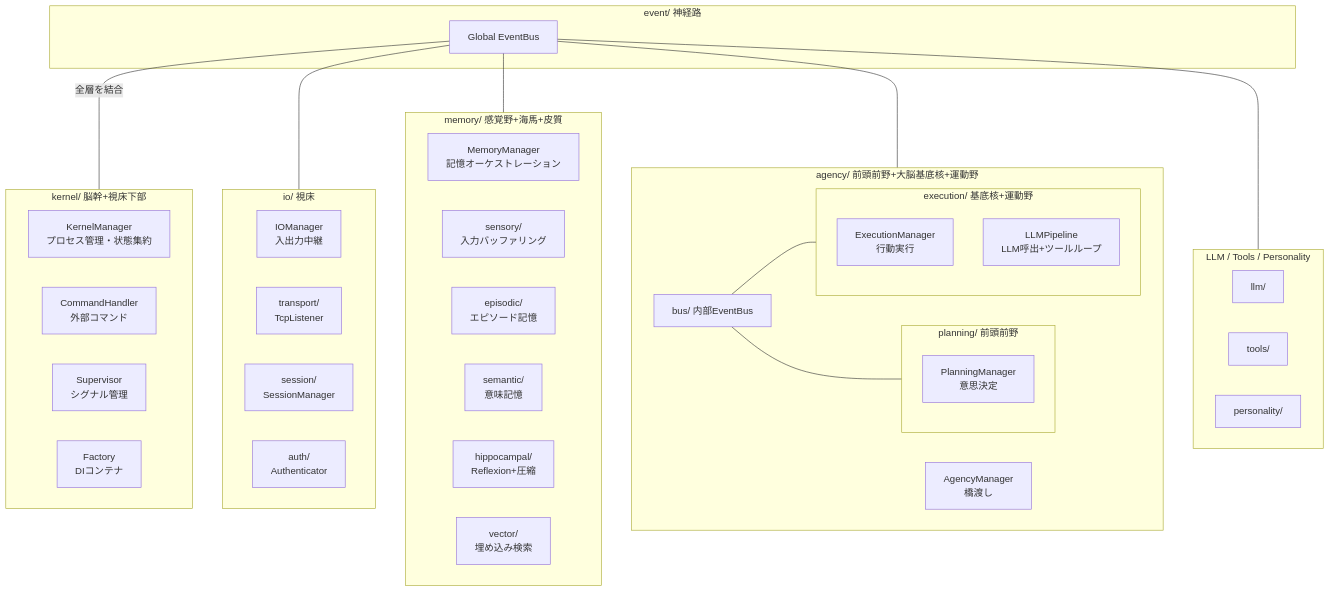
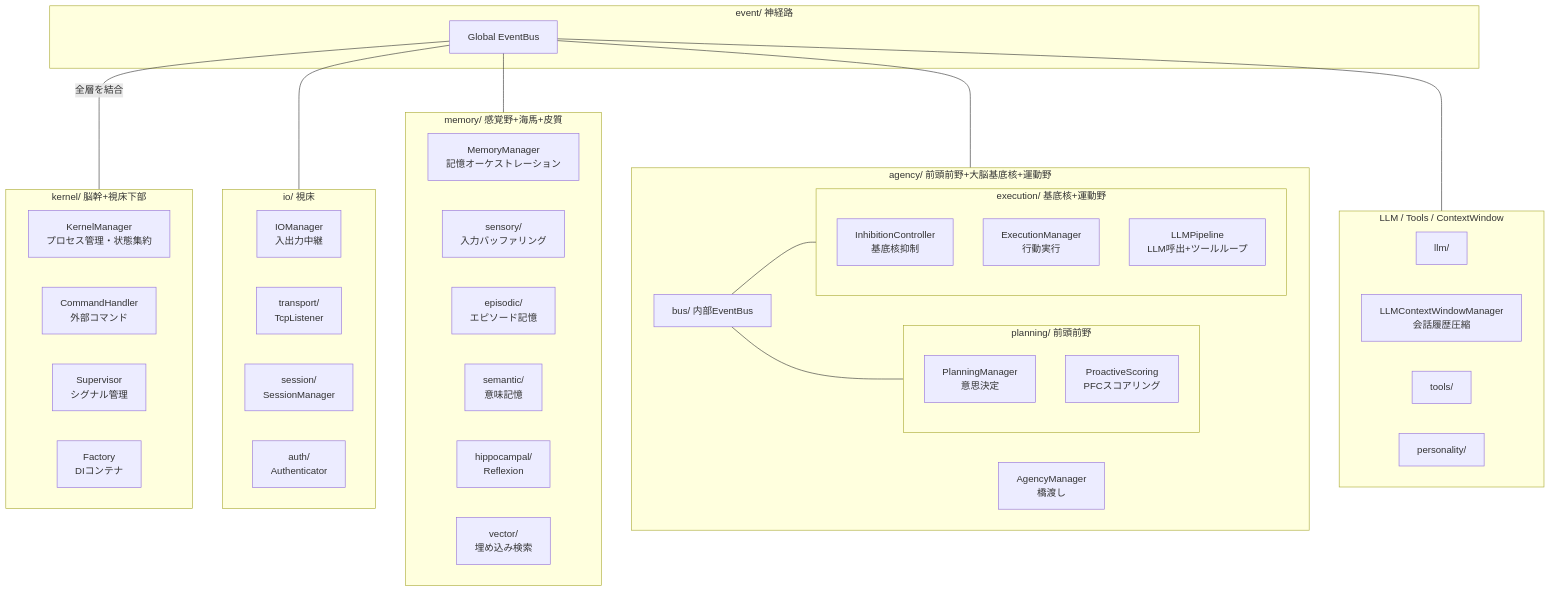
The first of 4 diagrams in docs/architecture.md (ibukani/iris-mind), drawn with Mermaid before and after one commit. The commit also changed other lines of this file and 3 other files, not shown here.

````diff
--- a/docs/architecture.md
+++ b/docs/architecture.md
@@ -7,58 +7,79 @@
 ```mermaid
 flowchart TD
     subgraph Kernel["kernel/ 脳幹+視床下部"]
         K_Manager["KernelManager<br/>プロセス管理・状態集約"]
         K_Command["CommandHandler<br/>外部コマンド"]
         K_Supervisor["Supervisor<br/>シグナル管理"]
         K_Factory["Factory<br/>DIコンテナ"]
     end
 
     subgraph IO["io/ 視床"]
         IO_Manager["IOManager<br/>入出力中継"]
         IO_Trans["transport/<br/>TcpListener"]
         IO_Session["session/<br/>SessionManager"]
         IO_Auth["auth/<br/>Authenticator"]
     end
 
     subgraph Memory["memory/ 感覚野+海馬+皮質"]
         M_Manager["MemoryManager<br/>記憶オーケストレーション"]
         M_Sensory["sensory/<br/>入力バッファリング"]
         M_Episodic["episodic/<br/>エピソード記憶"]
         M_Semantic["semantic/<br/>意味記憶"]
-        M_Hippocampal["hippocampal/<br/>Reflexion+圧縮"]
+        M_Hippocampal["hippocampal/<br/>Reflexion"]
         M_Vector["vector/<br/>埋め込み検索"]
+    end
+
+    subgraph Agency["agency/ 前頭前野+大脳基底核+運動野"]
+        A_Bus["bus/ 内部EventBus"]
+
+        subgraph Planning["planning/ 前頭前野"]
+            P_Manager["PlanningManager<br/>意思決定"]
+            P_Scoring["ProactiveScoring<br/>PFCスコアリング"]
+        end
+
+        subgraph Execution["execution/ 基底核+運動野"]
+            INH["InhibitionController<br/>基底核抑制"]
+            E_Manager["ExecutionManager<br/>行動実行"]
+            E_LLM["LLMPipeline<br/>LLM呼出+ツールループ"]
+        end
+    end
+
+    subgraph Infra["LLM / Tools / ContextWindow"]
+        I_LLM["llm/"]
+        I_CW["LLMContextWindowManager<br/>会話履歴圧縮"]
+        I_TOOLS["tools/"]
     end
 
     subgraph Agency["agency/ 前頭前野+大脳基底核+運動野"]
         A_Bus["bus/ 内部EventBus"]
         A_Manager["AgencyManager<br/>橋渡し"]
 
         subgraph Planning["planning/ 前頭前野"]
             P_Manager["PlanningManager<br/>意思決定"]
         end
 
         subgraph Execution["execution/ 基底核+運動野"]
             E_Manager["ExecutionManager<br/>行動実行"]
             E_LLM["LLMPipeline<br/>LLM呼出+ツールループ"]
         end
     end
 
     subgraph Event["event/ 神経路"]
         EB["Global EventBus"]
     end
 
     subgraph Infra["LLM / Tools / Personality"]
         I_LLM["llm/"]
         I_TOOLS["tools/"]
         I_PERS["personality/"]
     end
 
     EB ---|全層を結合| Kernel
     EB --- IO
     EB --- Memory
     EB --- Agency
     EB --- Infra
 
     A_Bus --- Planning
     A_Bus --- Execution
 ```
````
